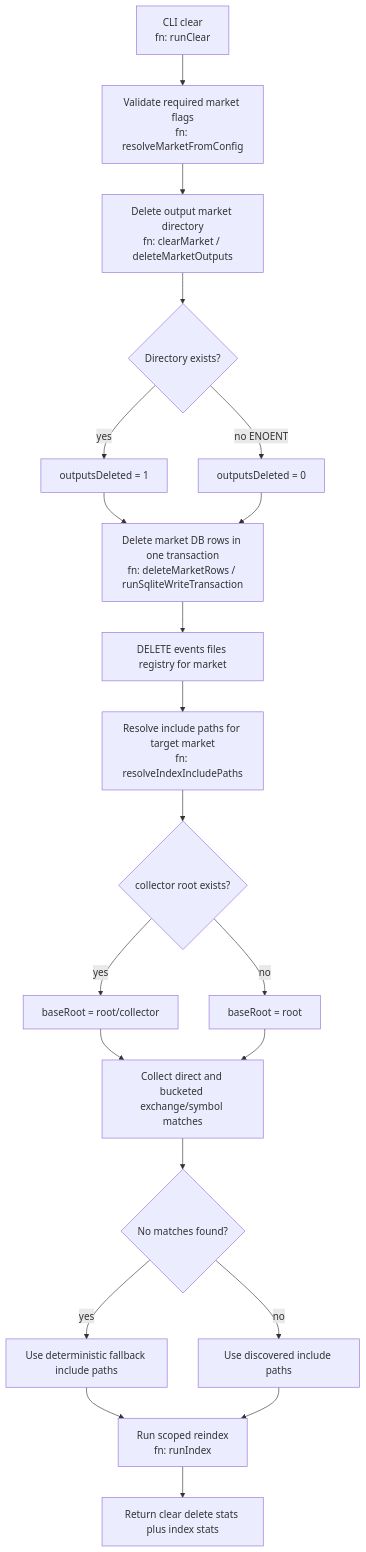
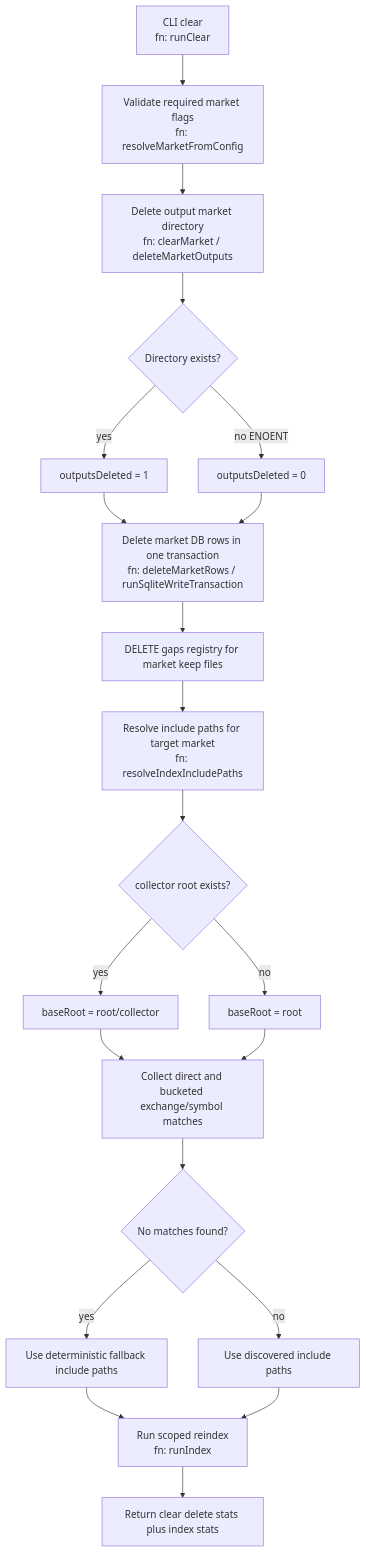
One commit to Tucsky/aggr-binaries changed the diagram in docs/clear.md. Above: the diagram before and after it, drawn with Mermaid. The commit also changed other lines of this file and 42 other files, not shown here.

Commit message:
refactor(events): replace events table with gaps table - format errors are not longer saved in db, just summarized in cli - improved gap detection algorithm

````diff
--- a/docs/clear.md
+++ b/docs/clear.md
@@ -29,23 +30,23 @@
 ```mermaid
 flowchart TD
   A["CLI clear<br/>fn: runClear"] --> B["Validate required market flags<br/>fn: resolveMarketFromConfig"]
   B --> C["Delete output market directory<br/>fn: clearMarket / deleteMarketOutputs"]
   C --> D{Directory exists?}
   D -->|yes| E[outputsDeleted = 1]
   D -->|no ENOENT| F[outputsDeleted = 0]
   E --> G["Delete market DB rows in one transaction<br/>fn: deleteMarketRows / runSqliteWriteTransaction"]
   F --> G
-  G --> H[DELETE events files registry for market]
+  G --> H[DELETE gaps registry for market keep files]
   H --> I["Resolve include paths for target market<br/>fn: resolveIndexIncludePaths"]
   I --> J{collector root exists?}
   J -->|yes| K[baseRoot = root/collector]
   J -->|no| L[baseRoot = root]
   K --> M[Collect direct and bucketed exchange/symbol matches]
   L --> M
   M --> N{No matches found?}
   N -->|yes| O[Use deterministic fallback include paths]
   N -->|no| P[Use discovered include paths]
   O --> Q["Run scoped reindex<br/>fn: runIndex"]
   P --> Q
   Q --> R[Return clear delete stats plus index stats]
 ```
````
